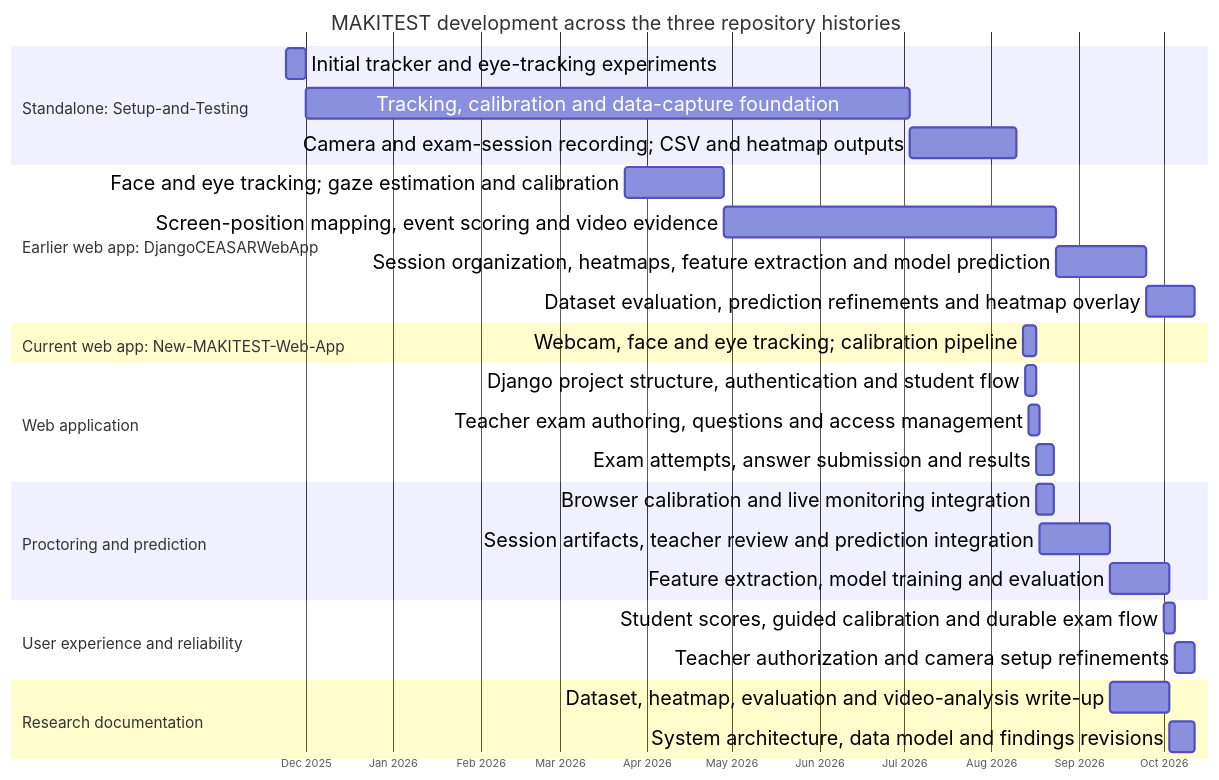
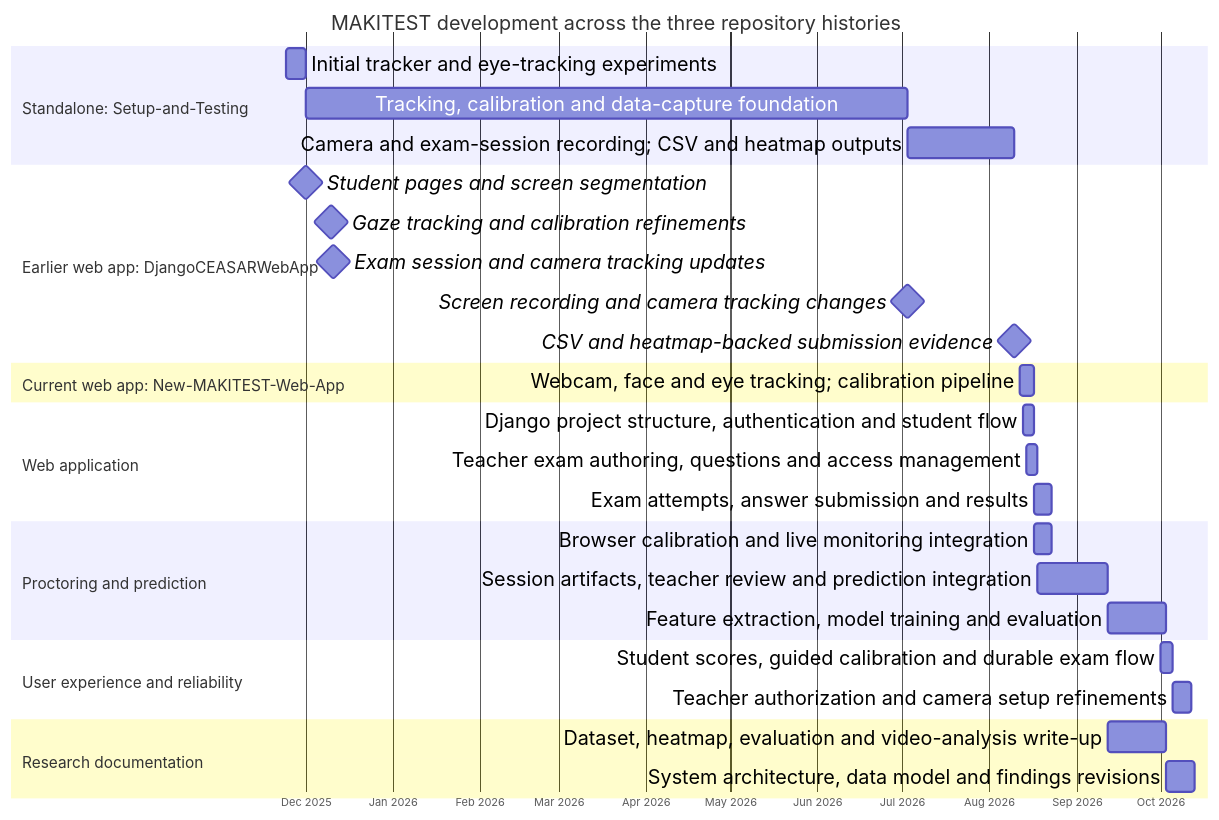
One commit to Cj22500/New-MAKITEST-Web-App-Analytics-test changed the sixth of 7 diagrams in Appendix A - High-Level Data Flow Diagram.md. Above: the diagram before and after it, drawn with Mermaid. The commit also changed other lines of this file, not shown here.

Commit message:
feat: Revise high-level data flow diagram and update purpose, context, and DFD sections for clarity

````diff
--- a/Appendix A - High-Level Data Flow Diagram.md
+++ b/Appendix A - High-Level Data Flow Diagram.md
@@ -121,39 +168,40 @@
 ```mermaid
 %%{init: {"themeVariables": {"fontSize": "18px"}, "themeCSS": ".sectionTitle { font-size: 14px !important; } .tick text { font-size: 18px !important; }", "gantt": {"barHeight": 28, "barGap": 8, "leftPadding": 250, "rightPadding": 24, "topPadding": 42, "fontSize": 18, "sectionFontSize": 14, "taskFontSize": 16}}}%%
 gantt
     title MAKITEST development across the three repository histories
     dateFormat YYYY-MM-DD
     axisFormat %b %Y
 
     section Standalone: Setup-and-Testing
     Initial tracker and eye-tracking experiments :s1, 2025-11-24, 2025-12-01
     Tracking, calibration and data-capture foundation :s2, 2025-12-01, 2026-07-03
     Camera and exam-session recording; CSV and heatmap outputs :s3, 2026-07-03, 2026-08-10
 
     section Earlier web app: DjangoCEASARWebApp
-    Face and eye tracking; gaze estimation and calibration :w1, 2026-03-24, 2026-04-28
-    Screen-position mapping, event scoring and video evidence :w2, 2026-04-28, 2026-08-24
-    Session organization, heatmaps, feature extraction and model prediction :w3, 2026-08-24, 2026-09-25
-    Dataset evaluation, prediction refinements and heatmap overlay :w4, 2026-09-25, 2026-10-12
+    Student pages and screen segmentation :milestone, w1, 2025-12-01, 0d
+    Gaze tracking and calibration refinements :milestone, w2, 2025-12-10, 0d
+    Exam session and camera tracking updates :milestone, w3, 2025-12-11, 0d
+    Screen recording and camera tracking changes :milestone, w4, 2026-07-03, 0d
+    CSV and heatmap-backed submission evidence :milestone, w5, 2026-08-10, 0d
 
     section Current web app: New-MAKITEST-Web-App
     Webcam, face and eye tracking; calibration pipeline :a1, 2026-08-12, 2026-08-17
 
     section Web application
     Django project structure, authentication and student flow :a2, 2026-08-13, 2026-08-17
     Teacher exam authoring, questions and access management :a3, 2026-08-14, 2026-08-18
     Exam attempts, answer submission and results :a4, 2026-08-17, 2026-08-23
 
     section Proctoring and prediction
     Browser calibration and live monitoring integration :a5, 2026-08-17, 2026-08-23
     Session artifacts, teacher review and prediction integration :a6, 2026-08-18, 2026-09-12
     Feature extraction, model training and evaluation :a7, 2026-09-12, 2026-10-03
 
     section User experience and reliability
     Student scores, guided calibration and durable exam flow :a8, 2026-10-01, 2026-10-05
     Teacher authorization and camera setup refinements :a9, 2026-10-05, 2026-10-12
 
     section Research documentation
     Dataset, heatmap, evaluation and video-analysis write-up :a10, 2026-09-12, 2026-10-03
-    System architecture, data model and findings revisions :a11, 2026-10-03, 2026-10-12
+    System architecture, data model and findings revisions :a11, 2026-10-03, 2026-10-13
 ```
````
